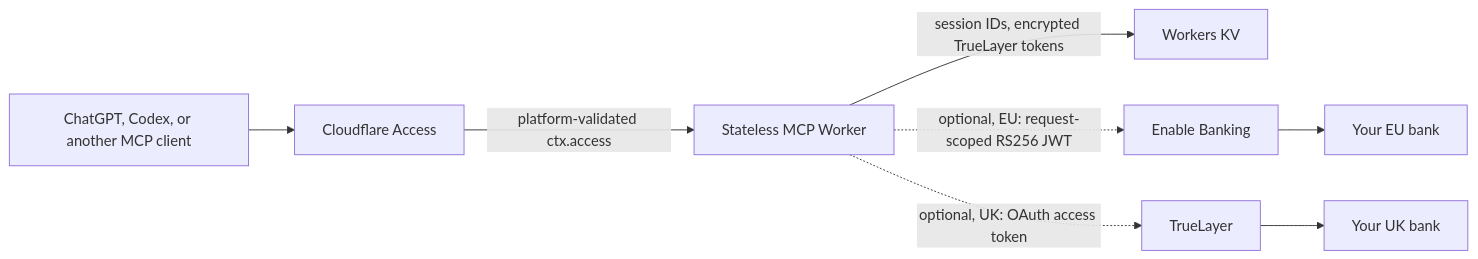
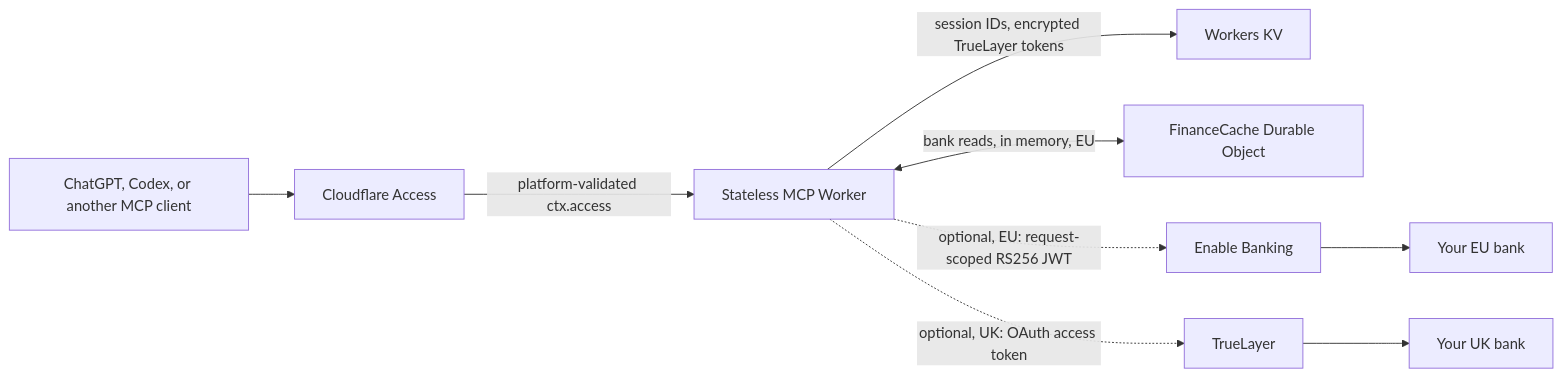
One commit to cver-me/EU-Open-Banking-MCP changed the diagram in README.md. Above: the diagram before and after it, drawn with Mermaid. The commit also changed other lines of this file, not shown here.

````diff
--- a/README.md
+++ b/README.md
@@ -34,10 +34,11 @@
 ```mermaid
 flowchart LR
   C[ChatGPT, Codex, or another MCP client] --> A[Cloudflare Access]
   A -->|platform-validated ctx.access| W[Stateless MCP Worker]
   W -->|session IDs, encrypted TrueLayer tokens| K[Workers KV]
+  W <-->|bank reads, in memory, EU| D[FinanceCache Durable Object]
   W -.->|optional, EU: request-scoped RS256 JWT| E[Enable Banking]
   W -.->|optional, UK: OAuth access token| T[TrueLayer]
   E --> B[Your EU bank]
   T --> U[Your UK bank]
 ```
````
